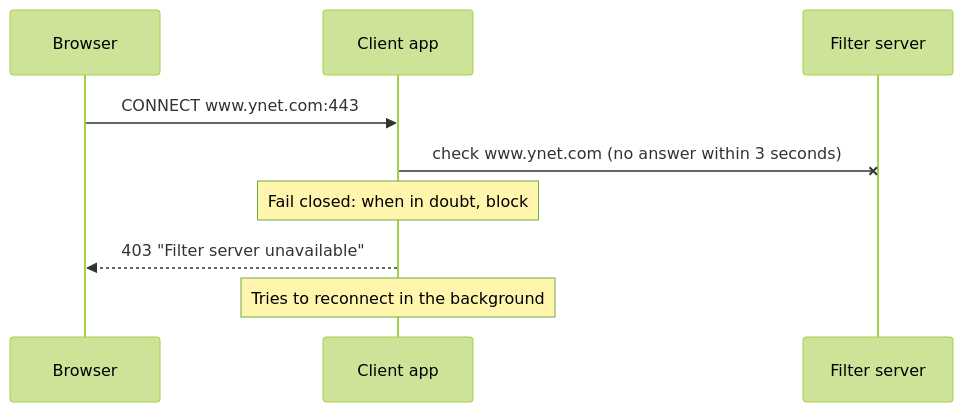
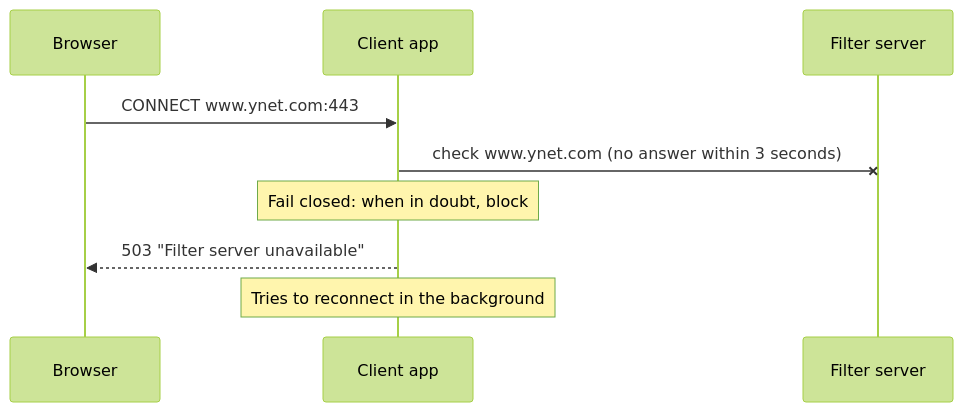
One commit to itamarimor2009/YearlyProject changed the seventh of 11 diagrams in docs/ARCHITECTURE.md. Above: the diagram before and after it, drawn with Mermaid (forest theme). The commit also changed other lines of this file and 36 other files, not shown here.

First line of the commit message:
Phase 1: filter server, client app, blocklist, logging and tests

````diff
--- a/docs/ARCHITECTURE.md
+++ b/docs/ARCHITECTURE.md
@@ -184,11 +184,11 @@
 ```mermaid
 sequenceDiagram
     participant B as Browser
     participant C as Client app
     participant S as Filter server
     B->>C: CONNECT www.ynet.com:443
     C-xS: check www.ynet.com (no answer within 3 seconds)
     Note over C: Fail closed: when in doubt, block
-    C-->>B: 403 "Filter server unavailable"
+    C-->>B: 503 "Filter server unavailable"
     Note over C: Tries to reconnect in the background
 ```
````
